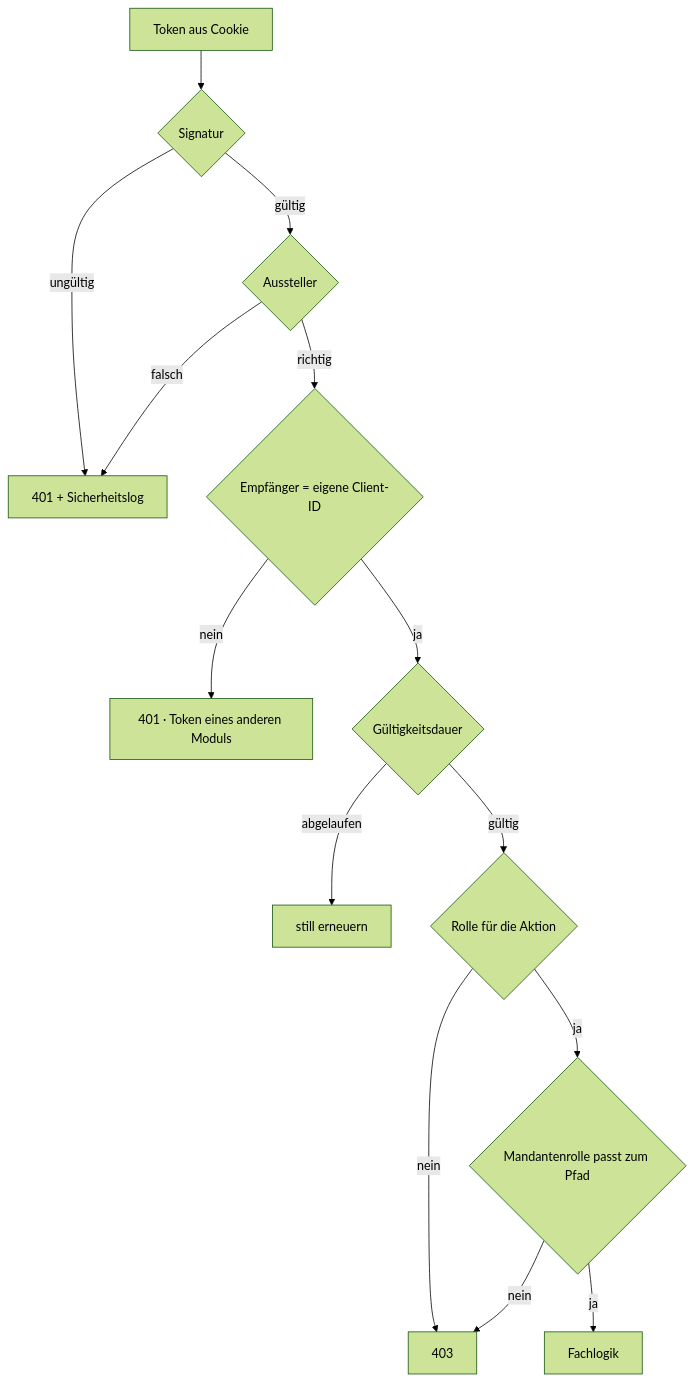
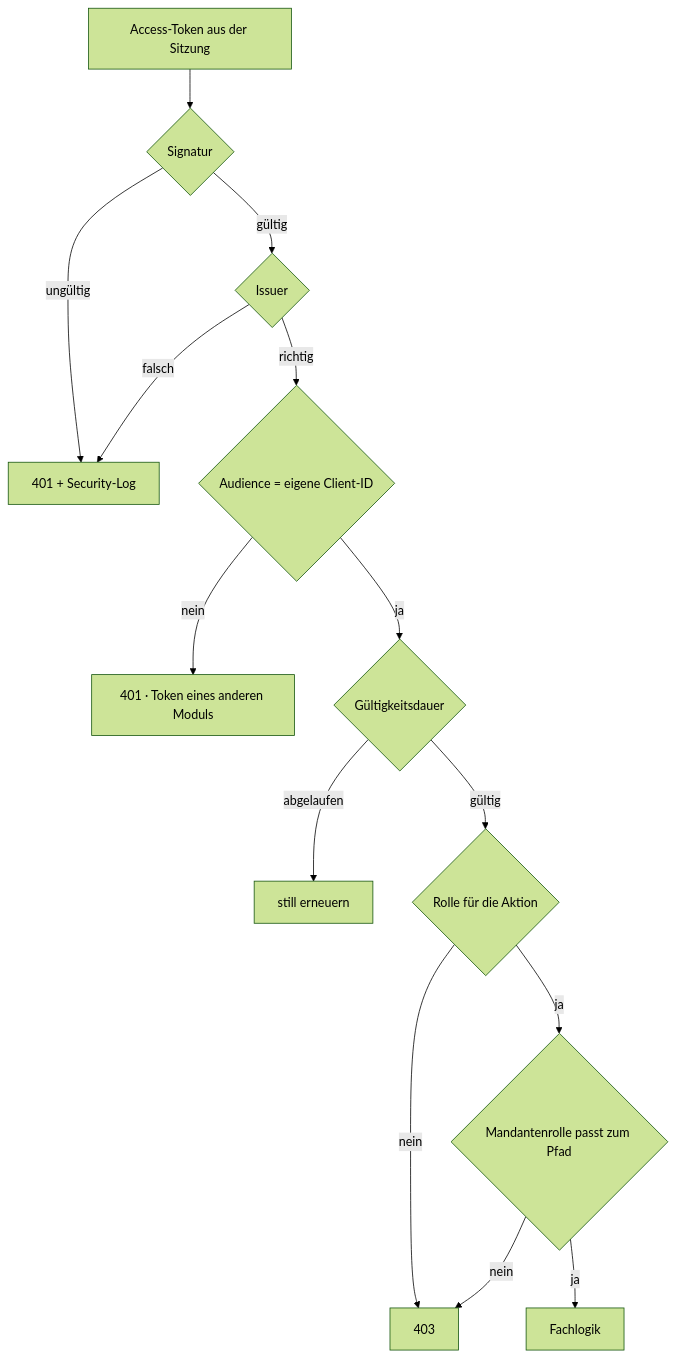
One commit to tiri/reference-architecture changed diagram 14 of 15 in arch-docs/README.md. Above: the diagram before and after it, drawn with Mermaid (forest theme). The commit also changed other lines of this file and 1 other file, not shown here.

````diff
--- a/arch-docs/README.md
+++ b/arch-docs/README.md
@@ -592,16 +654,16 @@
 ```mermaid
 flowchart TB
-    A[Token aus Cookie] --> B{Signatur}
-    B -->|ungültig| X[401 + Sicherheitslog]
-    B -->|gültig| C{Aussteller}
+    A[Access-Token aus der Sitzung] --> B{Signatur}
+    B -->|ungültig| X[401 + Security-Log]
+    B -->|gültig| C{Issuer}
     C -->|falsch| X
-    C -->|richtig| D{Empfänger = eigene Client-ID}
+    C -->|richtig| D{Audience = eigene Client-ID}
     D -->|nein| Y[401 · Token eines anderen Moduls]
     D -->|ja| E{Gültigkeitsdauer}
     E -->|abgelaufen| Z[still erneuern]
     E -->|gültig| F{Rolle für die Aktion}
     F -->|nein| W[403]
     F -->|ja| G{Mandantenrolle passt zum Pfad}
     G -->|nein| W
     G -->|ja| OK[Fachlogik]
 ```
````
